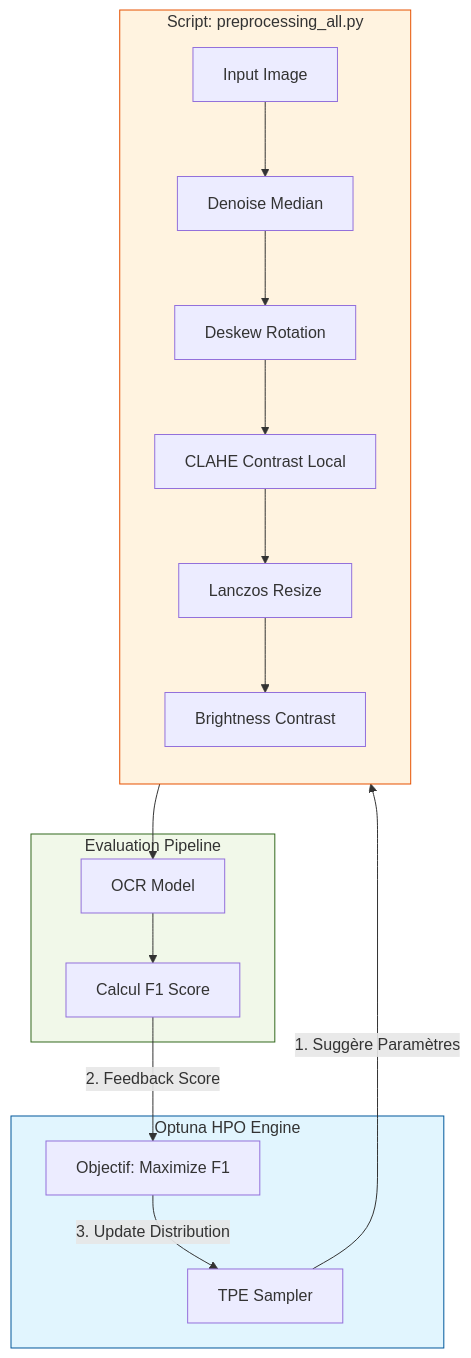
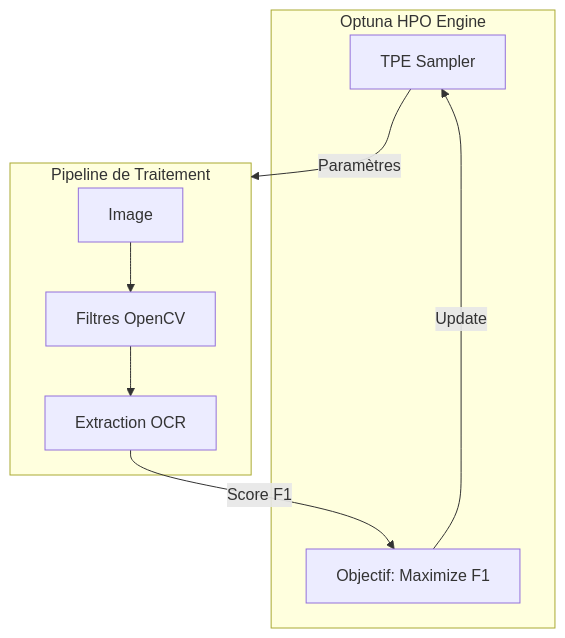
One commit to jeanluissoto/portfolio_blog changed the diagram in posts/report/index.qmd. Above: the diagram before and after it, drawn with Mermaid. The commit also changed other lines of this file and 173 other files, not shown here.

````diff
--- a/posts/report/index.qmd
+++ b/posts/report/index.qmd
@@ -162,33 +81,16 @@
 ```{mermaid}
 graph TD
     subgraph Optuna_Engine [Optuna HPO Engine]
         Sampler[TPE Sampler]
         Obj[Objectif: Maximize F1]
     end
 
-    subgraph Preprocessing_Pipeline [Script: preprocessing_all.py]
-        direction TB
-        ImgIn[Input Image] --> DeNoise[Denoise Median]
-        DeNoise --> DeSkew[Deskew Rotation]
-        DeSkew --> Clahe[CLAHE Contrast Local]
-        Clahe --> Resize[Lanczos Resize]
-        Resize --> Bright[Brightness Contrast]
+    subgraph Preprocessing_Pipeline [Pipeline de Traitement]
+        ImgIn[Image] --> Filters[Filtres OpenCV]
+        Filters --> OCR[Extraction OCR]
     end
 
-    subgraph Evaluation [Evaluation Pipeline]
-        OCR[OCR Model]
-        Metric[Calcul F1 Score]
-    end
-
-    %% Flujo de trabajo con etiquetas entre comillas para evitar errores
-    Sampler -- "1. Suggère Paramètres" --> Preprocessing_Pipeline
-    Bright --> OCR
-    OCR --> Metric
-    Metric -- "2. Feedback Score" --> Obj
-    Obj -- "3. Update Distribution" --> Sampler
-    
-    %% Estilos para que en el blog resalte
-    style Optuna_Engine fill:#e1f5fe,stroke:#01579b
-    style Preprocessing_Pipeline fill:#fff3e0,stroke:#e65100
-    style Evaluation fill:#f1f8e9,stroke:#33691e
+    Sampler -- "Paramètres" --> Preprocessing_Pipeline
+    OCR -- "Score F1" --> Obj
+    Obj -- "Update" --> Sampler
 ```
````
